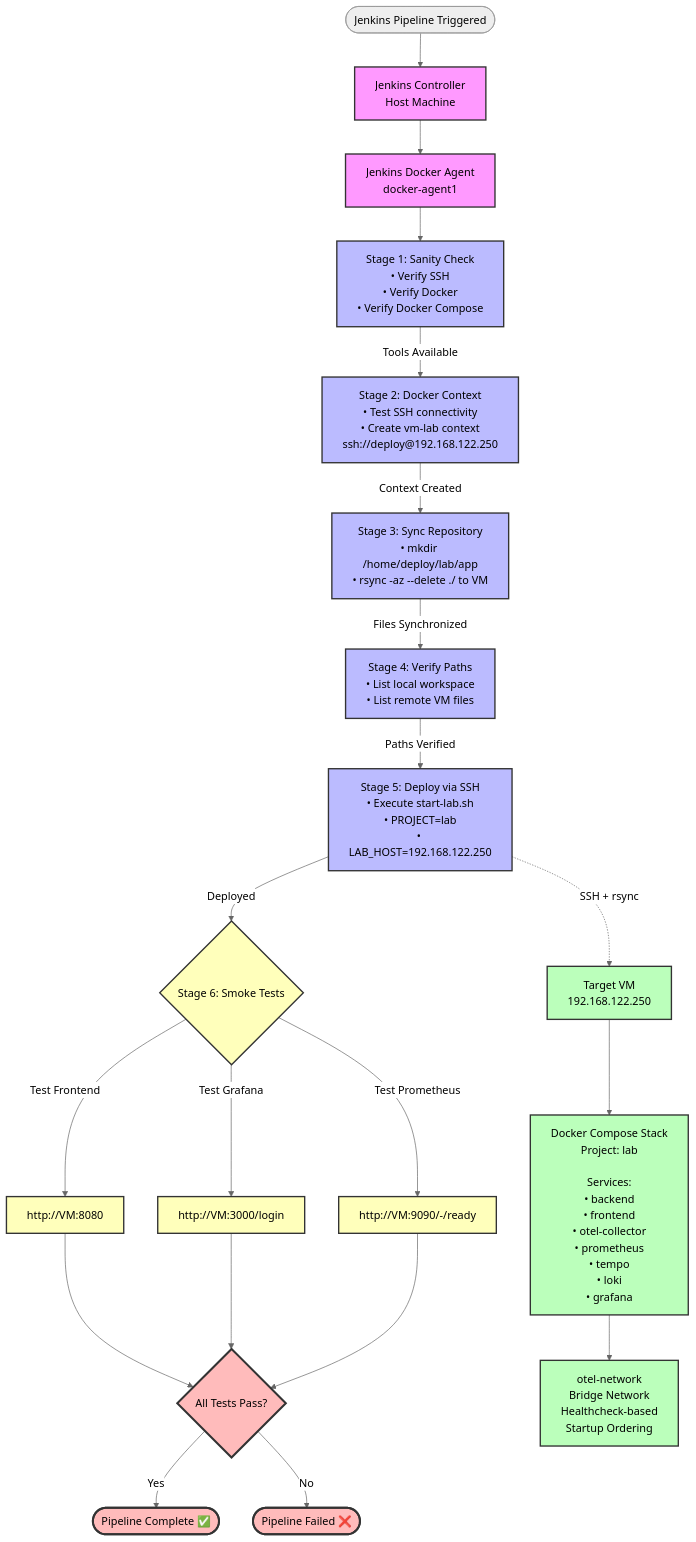
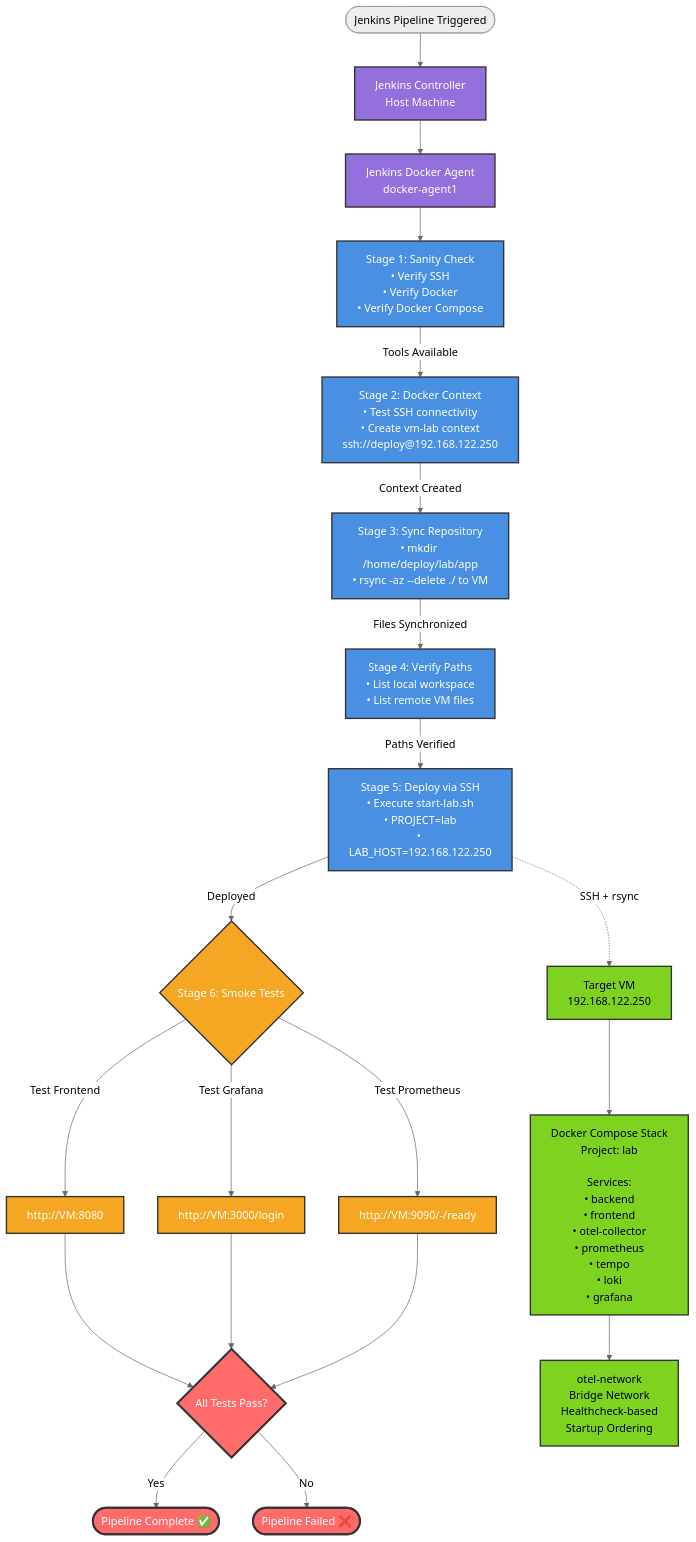
Before and after one commit to illusivegit/Opentelemetry_Observability_Lab: the diagram in docs/phase-1-docker-compose/architecture/deployment.md, drawn with Mermaid (neutral theme). The commit also changed 1 other file, not shown here.

````diff
--- a/docs/phase-1-docker-compose/architecture/deployment.md
+++ b/docs/phase-1-docker-compose/architecture/deployment.md
@@ -66,48 +66,48 @@
 ```mermaid
 flowchart TD
     Start([Jenkins Pipeline Triggered]) --> Controller[Jenkins Controller<br/>Host Machine]
 
     Controller --> Agent[Jenkins Docker Agent<br/>docker-agent1]
 
     Agent --> Stage1[Stage 1: Sanity Check<br/>• Verify SSH<br/>• Verify Docker<br/>• Verify Docker Compose]
 
     Stage1 -->|Tools Available| Stage2[Stage 2: Docker Context<br/>• Test SSH connectivity<br/>• Create vm-lab context<br/>ssh://deploy@192.168.122.250]
 
     Stage2 -->|Context Created| Stage3[Stage 3: Sync Repository<br/>• mkdir /home/deploy/lab/app<br/>• rsync -az --delete ./ to VM]
 
     Stage3 -->|Files Synchronized| Stage4[Stage 4: Verify Paths<br/>• List local workspace<br/>• List remote VM files]
 
     Stage4 -->|Paths Verified| Stage5[Stage 5: Deploy via SSH<br/>• Execute start-lab.sh<br/>• PROJECT=lab<br/>• LAB_HOST=192.168.122.250]
 
     Stage5 -->|Deployed| Stage6{Stage 6: Smoke Tests}
 
     Stage6 -->|Test Frontend| Frontend[http://VM:8080]
     Stage6 -->|Test Grafana| Grafana[http://VM:3000/login]
     Stage6 -->|Test Prometheus| Prometheus[http://VM:9090/-/ready]
 
     Frontend --> Success
     Grafana --> Success
     Prometheus --> Success{All Tests Pass?}
 
     Success -->|Yes| Complete([Pipeline Complete ✅])
     Success -->|No| Fail([Pipeline Failed ❌])
 
     Stage5 -.->|SSH + rsync| VM[Target VM<br/>192.168.122.250]
 
     VM --> Stack[Docker Compose Stack<br/>Project: lab<br/><br/>Services:<br/>• backend<br/>• frontend<br/>• otel-collector<br/>• prometheus<br/>• tempo<br/>• loki<br/>• grafana]
 
     Stack --> Network[otel-network<br/>Bridge Network<br/>Healthcheck-based<br/>Startup Ordering]
 
-    %% Styling
-    classDef jenkins fill:#f9f,stroke:#333,stroke-width:2px
-    classDef stage fill:#bbf,stroke:#333,stroke-width:2px
-    classDef vm fill:#bfb,stroke:#333,stroke-width:2px
-    classDef test fill:#ffb,stroke:#333,stroke-width:2px
-    classDef result fill:#fbb,stroke:#333,stroke-width:3px
+    %% Styling with better contrast
+    classDef jenkins fill:#9370DB,stroke:#333,stroke-width:2px,color:#fff
+    classDef stage fill:#4A90E2,stroke:#333,stroke-width:2px,color:#fff
+    classDef vm fill:#7ED321,stroke:#333,stroke-width:2px,color:#000
+    classDef test fill:#F5A623,stroke:#333,stroke-width:2px,color:#fff
+    classDef result fill:#FF6B6B,stroke:#333,stroke-width:3px,color:#fff
 
     class Controller,Agent jenkins
     class Stage1,Stage2,Stage3,Stage4,Stage5 stage
     class VM,Stack,Network vm
     class Stage6,Frontend,Grafana,Prometheus test
     class Success,Complete,Fail result
 ```
````
